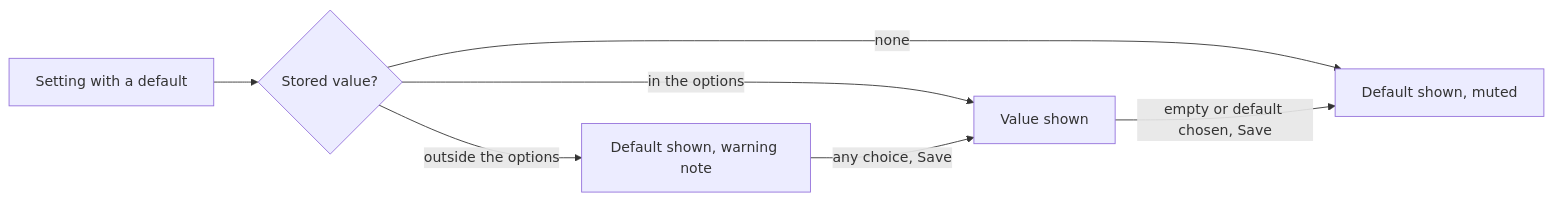
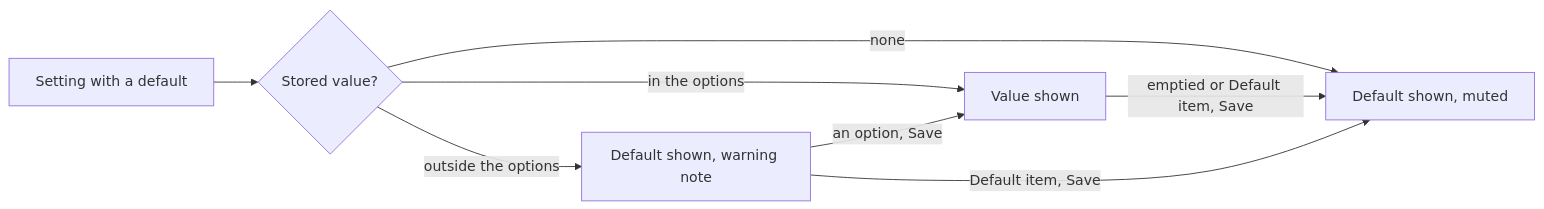
The second of 4 diagrams in specs/056-plugin-tooling/ui-design.md (syudead/vv), drawn with Mermaid before and after one commit. The commit also changed other lines of this file and 3 other files, not shown here.

````diff
--- a/specs/056-plugin-tooling/ui-design.md
+++ b/specs/056-plugin-tooling/ui-design.md
@@ -225,9 +248,10 @@
 ```mermaid
 flowchart LR
   field[Setting with a default] --> stored{Stored value?}
   stored -->|none| def[Default shown, muted]
   stored -->|in the options| val[Value shown]
   stored -->|outside the options| stale[Default shown, warning note]
-  val -->|empty or default chosen, Save| def
-  stale -->|any choice, Save| val
+  val -->|emptied or Default item, Save| def
+  stale -->|an option, Save| val
+  stale -->|Default item, Save| def
 ```
````
